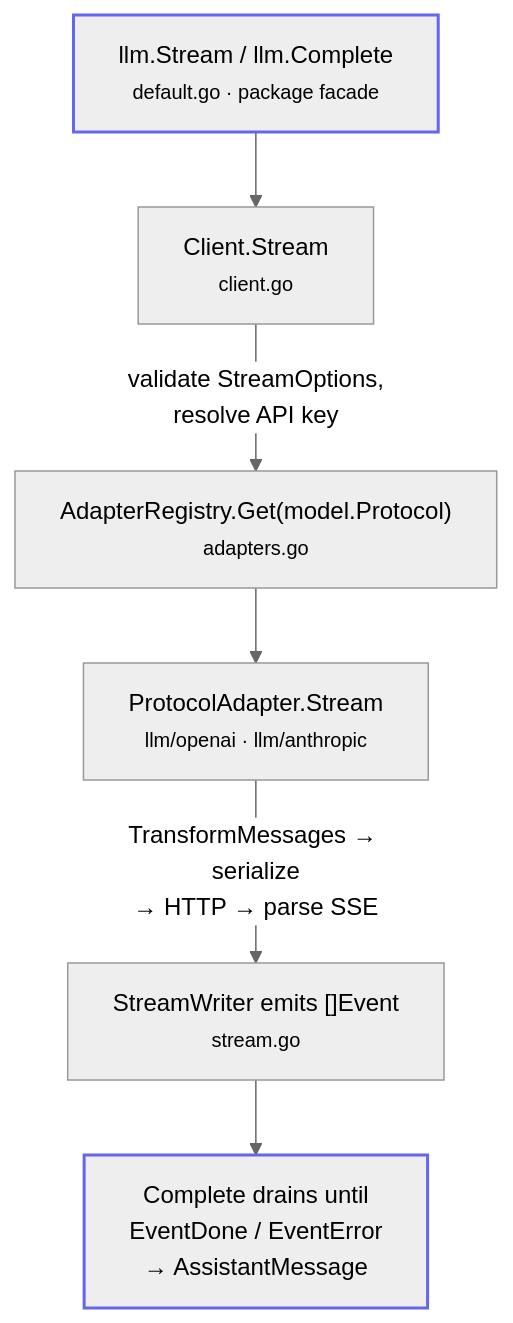
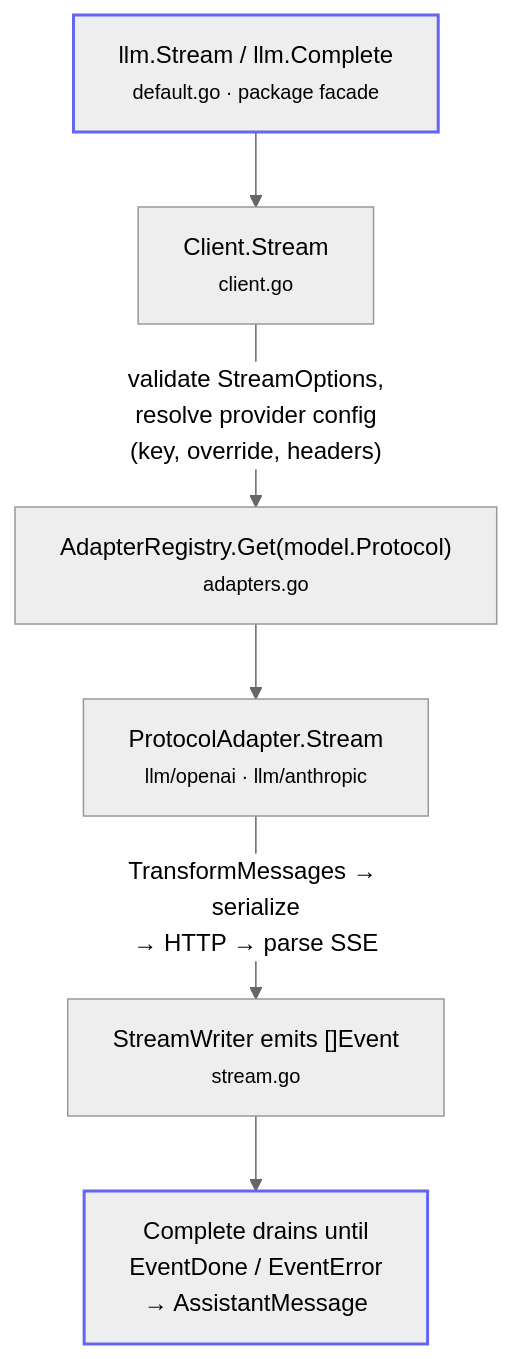
The diagram in llm/README.md (ktsoator/or), drawn with Mermaid (neutral theme) before and after one commit. The commit also changed other lines of this file and 2 other files, not shown here.

Commit message:
docs(llm): map provider registry in source map and package overview (#79)

````diff
--- a/llm/README.md
+++ b/llm/README.md
@@ -99,11 +104,11 @@
 ```mermaid
 flowchart TD
     A["llm.Stream / llm.Complete<br/><small>default.go · package facade</small>"] --> B["Client.Stream<br/><small>client.go</small>"]
-    B -->|"validate StreamOptions,<br/>resolve API key"| C["AdapterRegistry.Get(model.Protocol)<br/><small>adapters.go</small>"]
+    B -->|"validate StreamOptions,<br/>resolve provider config<br/>(key, override, headers)"| C["AdapterRegistry.Get(model.Protocol)<br/><small>adapters.go</small>"]
     C --> D["ProtocolAdapter.Stream<br/><small>llm/openai · llm/anthropic</small>"]
     D -->|"TransformMessages → serialize<br/>→ HTTP → parse SSE"| E["StreamWriter emits []Event<br/><small>stream.go</small>"]
     E --> F["Complete drains until<br/>EventDone / EventError<br/>→ AssistantMessage"]
 
     classDef entry stroke:#6366f1,stroke-width:2px;
     class A,F entry;
 ```
````
